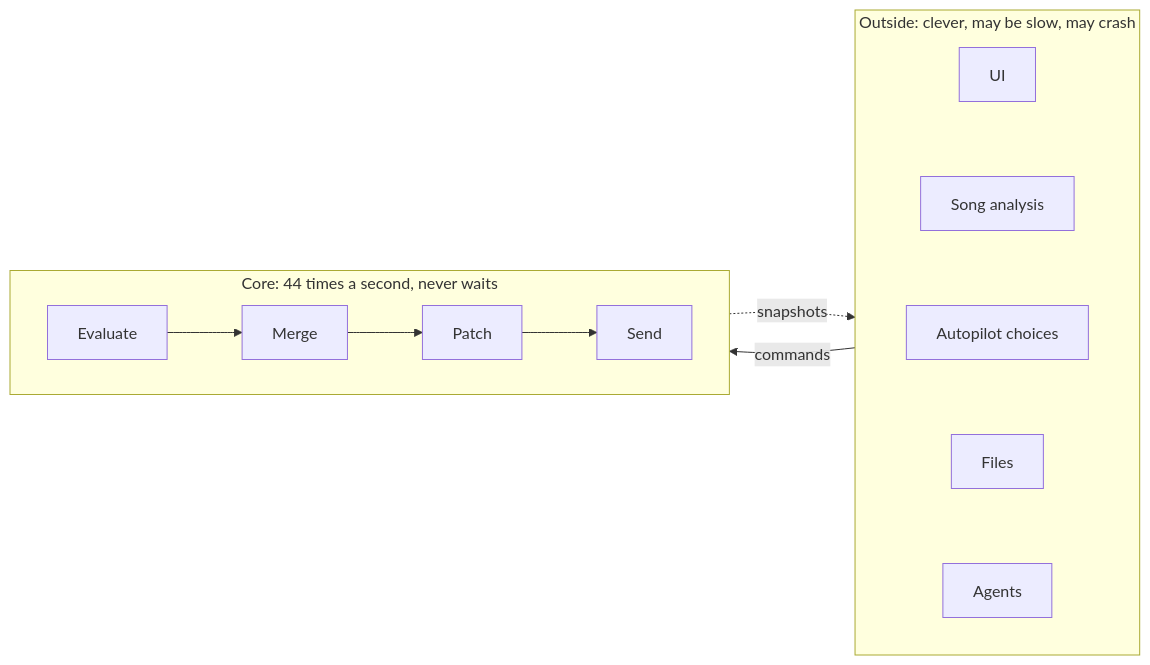
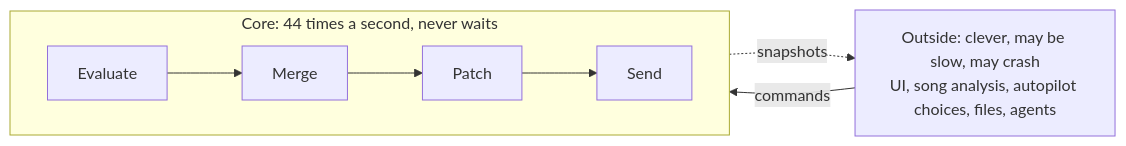
One commit to abossard/bossylights changed the ninth of 13 diagrams in docs/design/theory.md. Above: the diagram before and after it, drawn with Mermaid. The commit also changed other lines of this file, not shown here.

Commit message:
docs: simpler pictures for layers, state and the real-time core

````diff
--- a/docs/design/theory.md
+++ b/docs/design/theory.md
@@ -165,13 +161,10 @@
 ```mermaid
 flowchart LR
-  subgraph OUTSIDE["Outside: clever, may be slow, may crash"]
-    direction TB
-    UI["UI"] ~~~ AN["Song analysis"] ~~~ AP["Autopilot choices"] ~~~ FI["Files"] ~~~ AG["Agents"]
-  end
+  OUTSIDE["Outside: clever, may be slow, may crash<br/>UI, song analysis, autopilot choices, files, agents"]
   subgraph CORE["Core: 44 times a second, never waits"]
     direction LR
     E["Evaluate"] --> M["Merge"] --> P["Patch"] --> S["Send"]
   end
-  OUTSIDE -- "commands" --> CORE
-  CORE -. "snapshots" .-> OUTSIDE
+  OUTSIDE -- "commands" --> E
+  S -. "snapshots" .-> OUTSIDE
 ```
````
